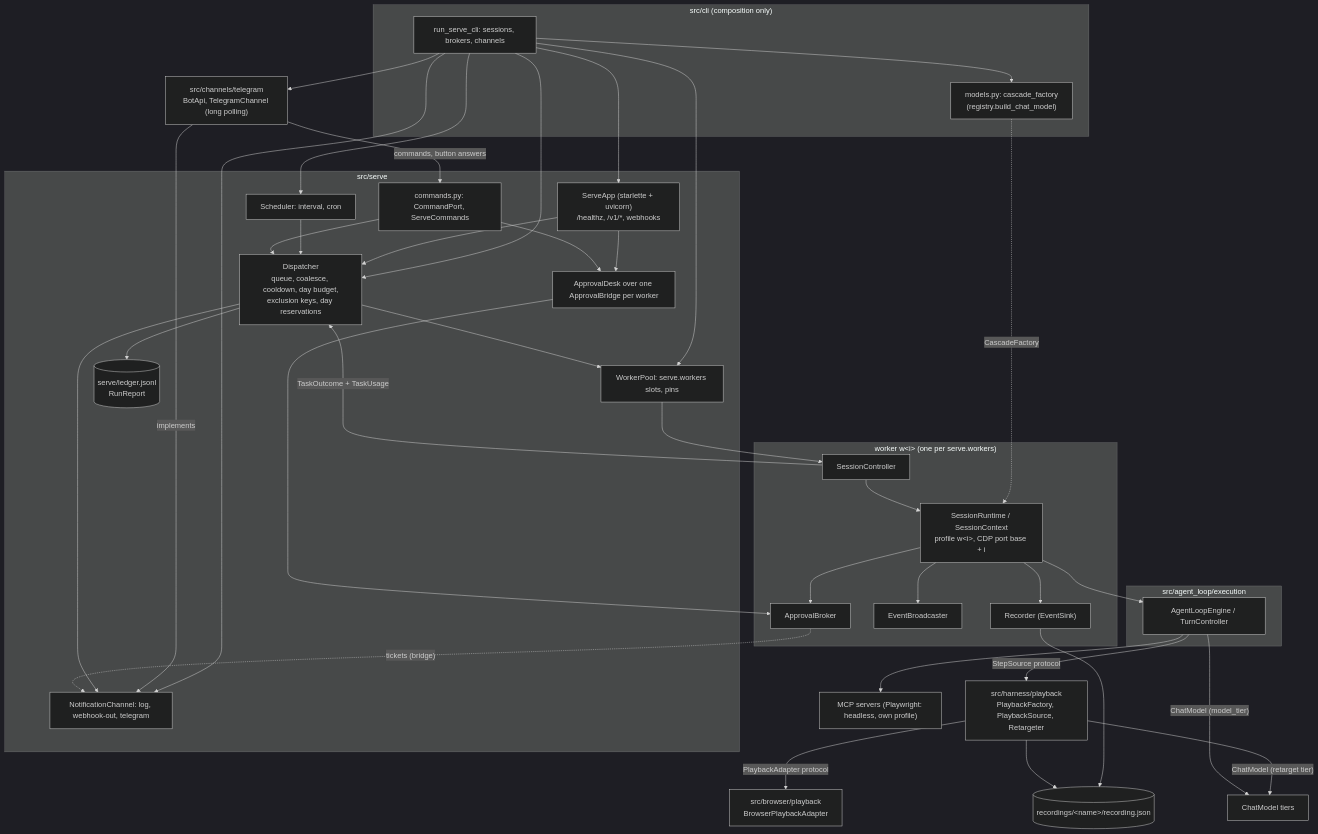
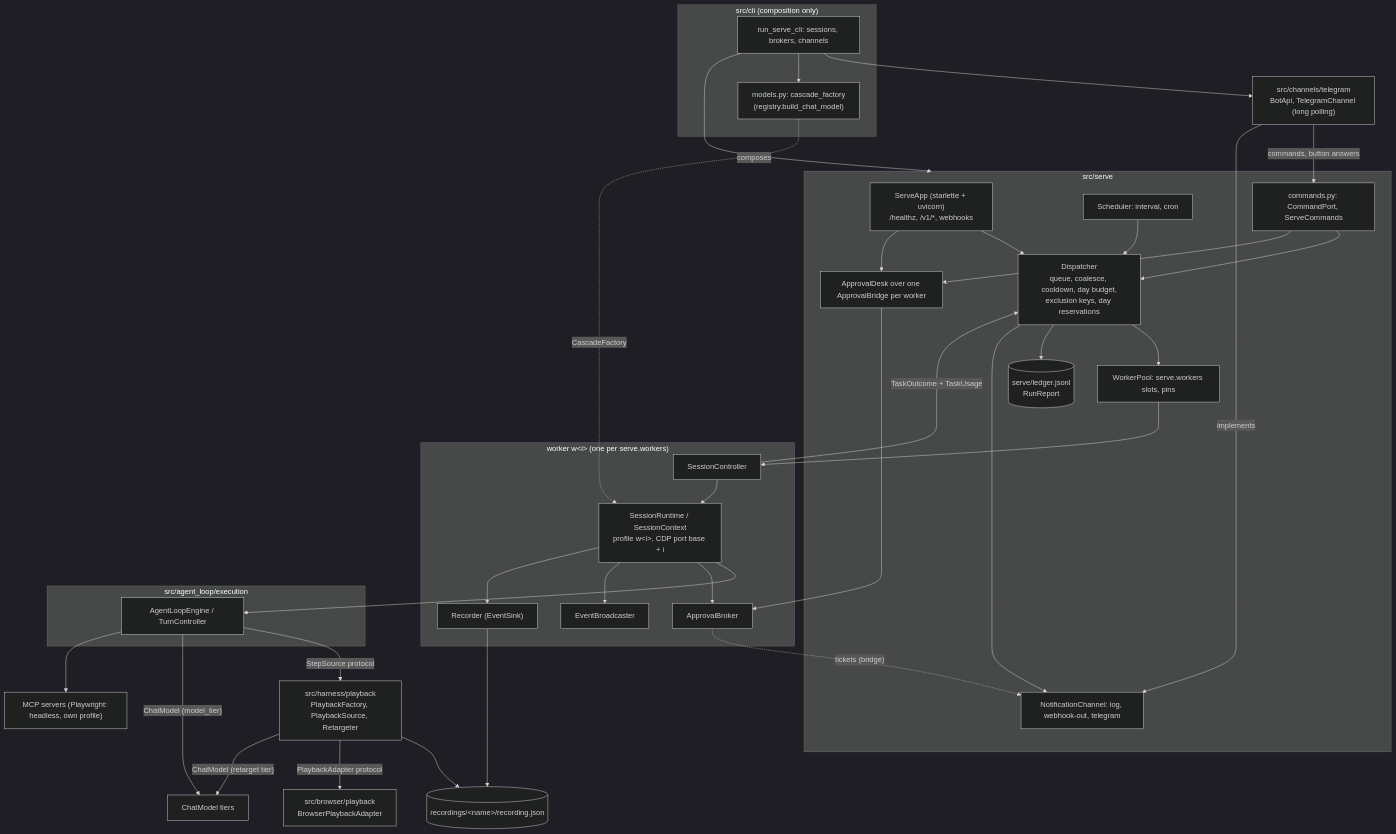
One commit to Hastur456/AutoBrowser changed the first of 6 diagrams in docs/diagrams/serve-mode.md. Above: the diagram before and after it, drawn with Mermaid (dark theme). The commit also changed 11 other files, not shown here.

First line of the commit message:
docs(diagrams): fix broken Mermaid diagrams and redraw the tangled ones

````diff
--- a/docs/diagrams/serve-mode.md
+++ b/docs/diagrams/serve-mode.md
@@ -20,58 +20,58 @@
 ```mermaid
 flowchart TB
   subgraph CLI["src/cli (composition only)"]
     BOOT["run_serve_cli: sessions, brokers, channels"]
     MOD["models.py: cascade_factory<br/>(registry.build_chat_model)"]
   end
   subgraph SERVE["src/serve"]
     HTTP["ServeApp (starlette + uvicorn)<br/>/healthz, /v1/*, webhooks"]
     SCH["Scheduler: interval, cron"]
     DIS["Dispatcher<br/>queue, coalesce, cooldown, day budget,<br/>exclusion keys, day reservations"]
     POOL["WorkerPool: serve.workers slots, pins"]
     CMD["commands.py: CommandPort, ServeCommands"]
     DESK["ApprovalDesk over one ApprovalBridge per worker"]
     LED[("serve/ledger.jsonl<br/>RunReport")]
     NOTE["NotificationChannel: log, webhook-out, telegram"]
   end
   TG["src/channels/telegram<br/>BotApi, TelegramChannel (long polling)"]
   subgraph WORKER["worker w&lt;i&gt; (one per serve.workers)"]
     CTL["SessionController"]
     SR["SessionRuntime / SessionContext<br/>profile w&lt;i&gt;, CDP port base + i"]
     AB["ApprovalBroker"]
     EB["EventBroadcaster"]
     REC["Recorder (EventSink)"]
   end
   subgraph ENGINE["src/agent_loop/execution"]
     ENG["AgentLoopEngine / TurnController"]
   end
   PB["src/harness/playback<br/>PlaybackFactory, PlaybackSource, Retargeter"]
   RS[("recordings/&lt;name&gt;/recording.json")]
   BA["src/browser/playback<br/>BrowserPlaybackAdapter"]
   MCP["MCP servers (Playwright: headless, own profile)"]
 
-  BOOT --> HTTP & SCH & DIS & POOL & NOTE
+  BOOT -- "composes" --> SERVE
   BOOT --> TG
   BOOT --> MOD
   MOD -. "CascadeFactory" .-> SR
   HTTP --> DIS
   HTTP --> DESK
   SCH --> DIS
   TG -- "commands, button answers" --> CMD
   CMD --> DIS
   CMD --> DESK
   DESK --> AB
   TG -- "implements" --> NOTE
   DIS --> POOL --> CTL --> SR --> ENG
   SR --> AB & EB & REC
   REC --> RS
   ENG -- "StepSource protocol" --> PB
   PB --> RS
   PB -- "PlaybackAdapter protocol" --> BA
   PB -- "ChatModel (retarget tier)" --> LLM["ChatModel tiers"]
   ENG -- "ChatModel (model_tier)" --> LLM
   ENG --> MCP
   CTL -- "TaskOutcome + TaskUsage" --> DIS
   DIS --> LED
   DIS --> NOTE
   AB -. "tickets (bridge)" .-> NOTE
 ```
````
